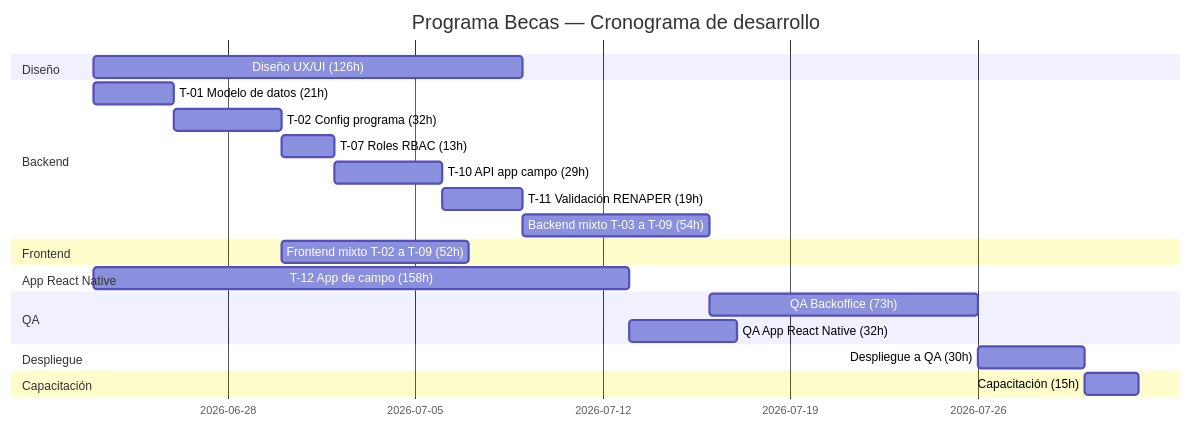
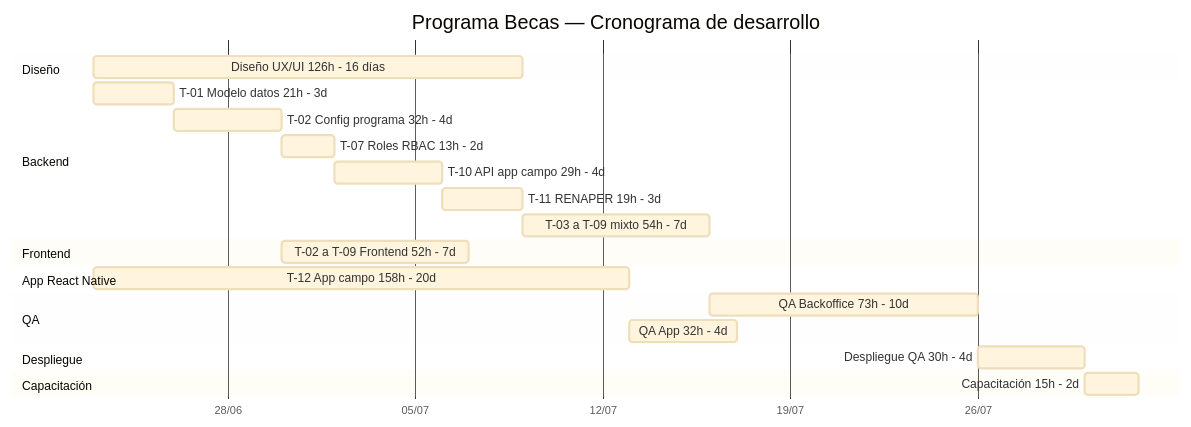
Before and after one commit to Mkdir-arg/Chaco-Back: the diagram in docs/client/funcionalidades/estimacion-programa-becas.md, drawn with Mermaid. The commit also changed other lines of this file, not shown here.

Commit message:
Cambio propuesta

````diff
--- a/docs/client/funcionalidades/estimacion-programa-becas.md
+++ b/docs/client/funcionalidades/estimacion-programa-becas.md
@@ -167,32 +169,34 @@
 ```mermaid
+%%{init: {'theme':'base', 'themeVariables': { 'fontSize':'16px'}}}%%
 gantt
     title Programa Becas — Cronograma de desarrollo
     dateFormat YYYY-MM-DD
+    axisFormat %d/%m
     
     section Diseño
-    Diseño UX/UI (126h)           :design, 2026-06-23, 16d
+    Diseño UX/UI 126h - 16 días           :design, 2026-06-23, 16d
     
     section Backend
-    T-01 Modelo de datos (21h)      :backend1, 2026-06-23, 3d
-    T-02 Config programa (32h)      :backend2, after backend1, 4d
-    T-07 Roles RBAC (13h)           :backend3, after backend2, 2d
-    T-10 API app campo (29h)        :backend4, after backend3, 4d
-    T-11 Validación RENAPER (19h)   :backend5, after backend4, 3d
-    Backend mixto T-03 a T-09 (54h) :backend6, after backend5, 7d
+    T-01 Modelo datos 21h - 3d              :backend1, 2026-06-23, 3d
+    T-02 Config programa 32h - 4d           :backend2, after backend1, 4d
+    T-07 Roles RBAC 13h - 2d                :backend3, after backend2, 2d
+    T-10 API app campo 29h - 4d             :backend4, after backend3, 4d
+    T-11 RENAPER 19h - 3d                   :backend5, after backend4, 3d
+    T-03 a T-09 mixto 54h - 7d              :backend6, after backend5, 7d
     
     section Frontend
-    Frontend mixto T-02 a T-09 (52h):frontend, after backend2, 7d
+    T-02 a T-09 Frontend 52h - 7d           :frontend, after backend2, 7d
     
     section App React Native
-    T-12 App de campo (158h)        :app, 2026-06-23, 20d
+    T-12 App campo 158h - 20d               :app, 2026-06-23, 20d
     
     section QA
-    QA Backoffice (73h)             :qa1, after backend6, 10d
-    QA App React Native (32h)       :qa2, after app, 4d
+    QA Backoffice 73h - 10d                 :qa1, after backend6, 10d
+    QA App 32h - 4d                         :qa2, after app, 4d
     
     section Despliegue
-    Despliegue a QA (30h)           :deploy, after qa1, 4d
+    Despliegue QA 30h - 4d                  :deploy, after qa1, 4d
     
     section Capacitación
-    Capacitación (15h)              :training, after deploy, 2d
+    Capacitación 15h - 2d                   :training, after deploy, 2d
 ```
````
